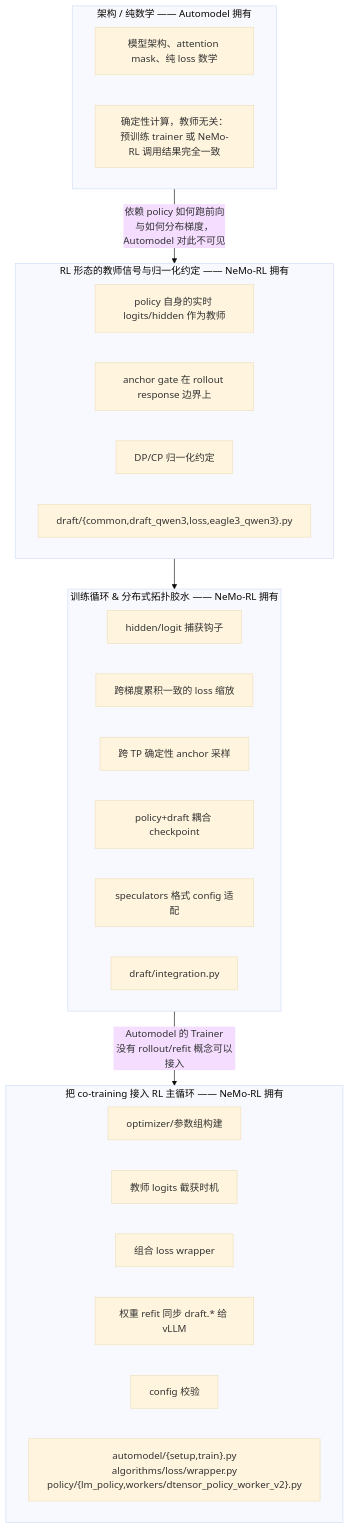
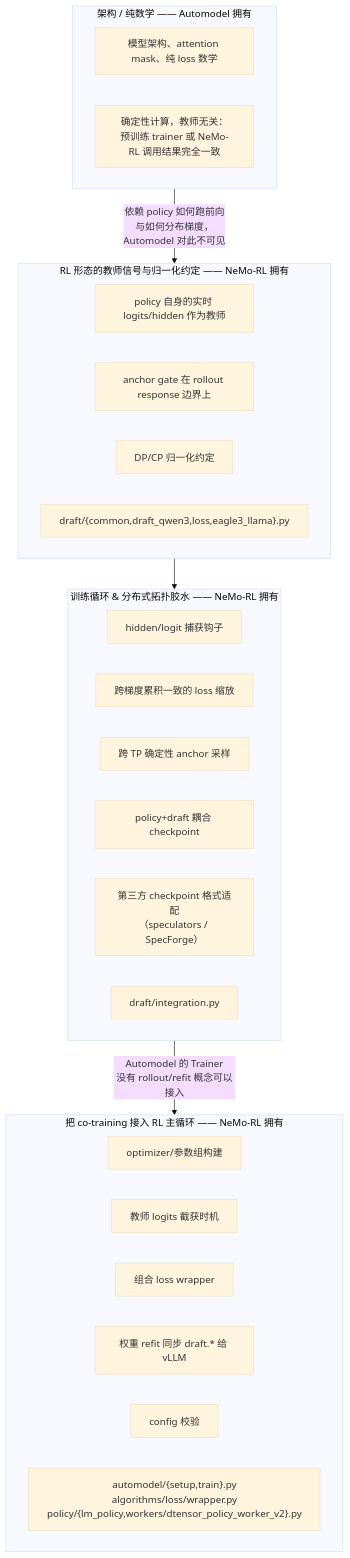
The sixth of 6 diagrams in docs/design-docs/draft-cotraining-dtensor-v2.md (yuekaizhang/RL), drawn with Mermaid (base theme) before and after one commit. The commit also changed other lines of this file, not shown here.

First line of the commit message:
docs(draft): explain why eagle3 keeps local code after importing automodel's LlamaEagle3DraftModel

````diff
--- a/docs/design-docs/draft-cotraining-dtensor-v2.md
+++ b/docs/design-docs/draft-cotraining-dtensor-v2.md
@@ -334,32 +455,32 @@
 ```mermaid
 flowchart TB
     subgraph L1["架构 / 纯数学 —— Automodel 拥有"]
         A1["模型架构、attention mask、纯 loss 数学"]
         A2["确定性计算，教师无关：<br/>预训练 trainer 或 NeMo-RL 调用结果完全一致"]
     end
     subgraph L2["RL 形态的教师信号与归一化约定 —— NeMo-RL 拥有"]
         B1["policy 自身的实时 logits/hidden 作为教师"]
         B2["anchor gate 在 rollout response 边界上"]
         B3["DP/CP 归一化约定"]
-        B4["draft/{common,draft_qwen3,loss,eagle3_qwen3}.py"]
+        B4["draft/{common,draft_qwen3,loss,eagle3_llama}.py"]
     end
     subgraph L3["训练循环 & 分布式拓扑胶水 —— NeMo-RL 拥有"]
         C1["hidden/logit 捕获钩子"]
         C2["跨梯度累积一致的 loss 缩放"]
         C3["跨 TP 确定性 anchor 采样"]
         C4["policy+draft 耦合 checkpoint"]
-        C5["speculators 格式 config 适配"]
+        C5["第三方 checkpoint 格式适配<br/>（speculators / SpecForge）"]
         C6["draft/integration.py"]
     end
     subgraph L4["把 co-training 接入 RL 主循环 —— NeMo-RL 拥有"]
         D1["optimizer/参数组构建"]
         D2["教师 logits 截获时机"]
         D3["组合 loss wrapper"]
         D4["权重 refit 同步 draft.* 给 vLLM"]
         D5["config 校验"]
         D6["automodel/{setup,train}.py<br/>algorithms/loss/wrapper.py<br/>policy/{lm_policy,workers/dtensor_policy_worker_v2}.py"]
     end
     L1 -->|"依赖 policy 如何跑前向<br/>与如何分布梯度，<br/>Automodel 对此不可见"| L2
     L2 --> L3
     L3 -->|"Automodel 的 Trainer<br/>没有 rollout/refit 概念可以接入"| L4
 ```
````
